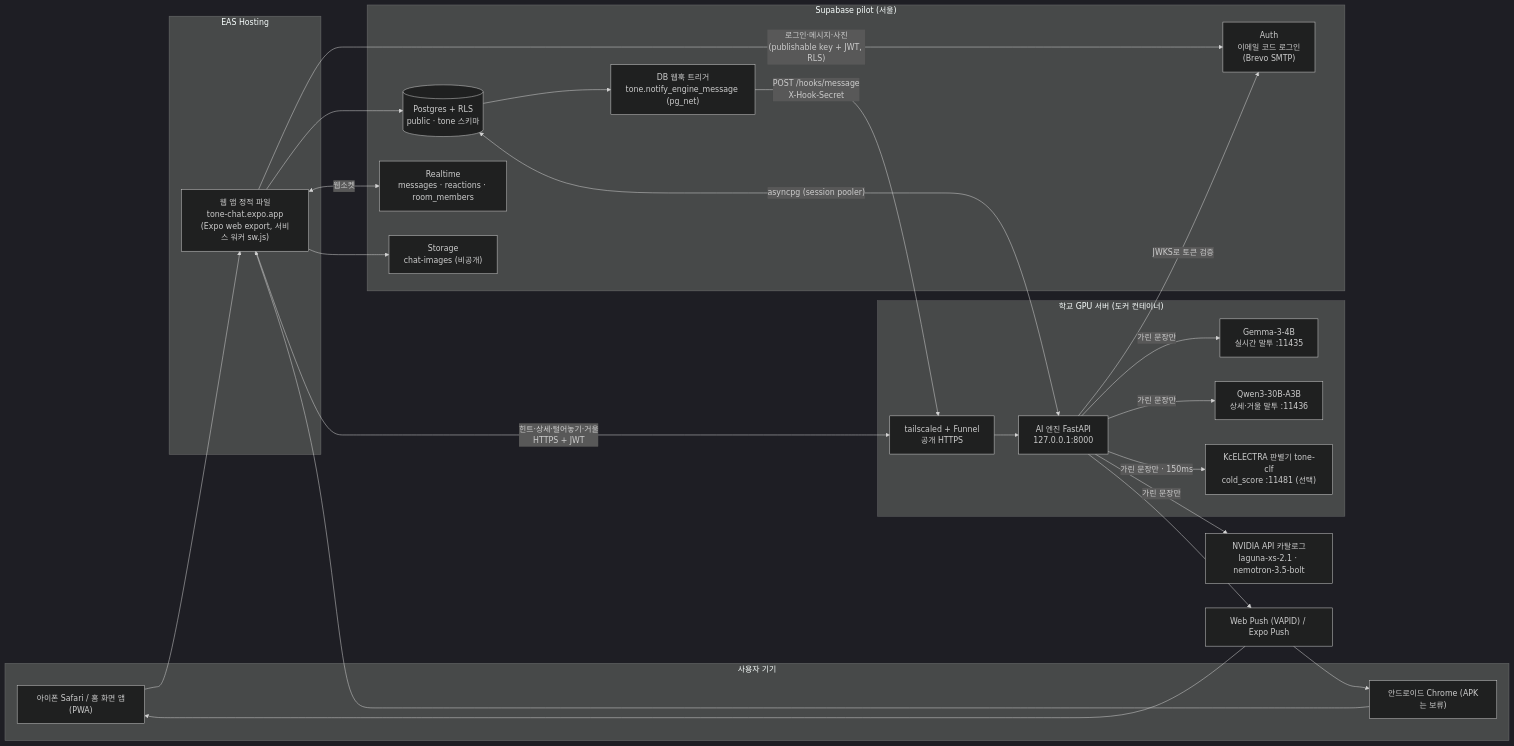
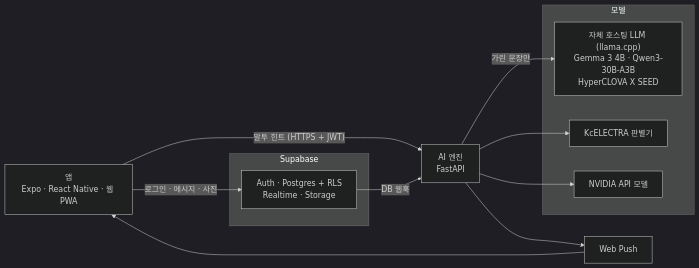
The diagram in README.md (Daegyu519/Adventure_Design), drawn with Mermaid (dark theme) before and after one commit. The commit also changed other lines of this file and 13 other files, not shown here.

````diff
--- a/README.md
+++ b/README.md
@@ -43,50 +43,23 @@
 ```mermaid
 flowchart LR
-  subgraph Devices["사용자 기기"]
-    IOS["아이폰 Safari / 홈 화면 앱(PWA)"]
-    AND["안드로이드 Chrome (APK는 보류)"]
+  APP["앱<br/>Expo · React Native · 웹 PWA"]
+  subgraph SB["Supabase"]
+    DB["Auth · Postgres + RLS<br/>Realtime · Storage"]
   end
+  ENG["AI 엔진<br/>FastAPI"]
+  subgraph M["모델"]
+    LLM["자체 호스팅 LLM (llama.cpp)<br/>Gemma 3 4B · Qwen3-30B-A3B<br/>HyperCLOVA X SEED"]
+    CLF["KcELECTRA 판별기"]
+    NV["NVIDIA API 모델"]
+  end
+  PUSH["Web Push"]
 
-  subgraph Hosting["EAS Hosting"]
-    WEB["웹 앱 정적 파일<br/>tone-chat.expo.app<br/>(Expo web export, 서비스 워커 sw.js)"]
-  end
-
-  subgraph SB["Supabase pilot (서울)"]
-    AUTH["Auth<br/>이메일 코드 로그인<br/>(Brevo SMTP)"]
-    PG[("Postgres + RLS<br/>public · tone 스키마")]
-    RT["Realtime<br/>messages · reactions · room_members"]
-    ST["Storage<br/>chat-images (비공개)"]
-    HOOK["DB 웹훅 트리거<br/>tone.notify_engine_message (pg_net)"]
-  end
-
-  subgraph School["학교 GPU 서버 (도커 컨테이너)"]
-    TS["tailscaled + Funnel<br/>공개 HTTPS"]
-    ENG["AI 엔진 FastAPI<br/>127.0.0.1:8000"]
-    GEM["Gemma-3-4B<br/>실시간 말투 :11435"]
-    QWEN["Qwen3-30B-A3B<br/>상세·거울 말투 :11436"]
-    CLF["KcELECTRA 판별기 tone-clf<br/>cold_score :11481 (선택)"]
-  end
-
-  NV["NVIDIA API 카탈로그<br/>laguna-xs-2.1 · nemotron-3.5-bolt"]
-  PUSH["Web Push (VAPID) / Expo Push"]
-
-  IOS --> WEB
-  AND --> WEB
-  WEB -->|"로그인·메시지·사진<br/>(publishable key + JWT, RLS)"| AUTH
-  WEB --> PG
-  WEB <-->|"웹소켓"| RT
-  WEB --> ST
-  WEB -->|"힌트·상세·털어놓기·거울<br/>HTTPS + JWT"| TS
-  TS --> ENG
-  ENG -->|"JWKS로 토큰 검증"| AUTH
-  ENG <-->|"asyncpg (session pooler)"| PG
-  PG --> HOOK
-  HOOK -->|"POST /hooks/message<br/>X-Hook-Secret"| TS
-  ENG -->|"가린 문장만"| GEM
-  ENG -->|"가린 문장만"| QWEN
-  ENG -->|"가린 문장만 · 150ms"| CLF
-  ENG -->|"가린 문장만"| NV
+  APP -->|"로그인 · 메시지 · 사진"| DB
+  APP -->|"말투 힌트 (HTTPS + JWT)"| ENG
+  DB -->|"DB 웹훅"| ENG
+  ENG -->|"가린 문장만"| LLM
+  ENG --> CLF
+  ENG --> NV
   ENG --> PUSH
-  PUSH --> IOS
-  PUSH --> AND
+  PUSH --> APP
 ```
````
